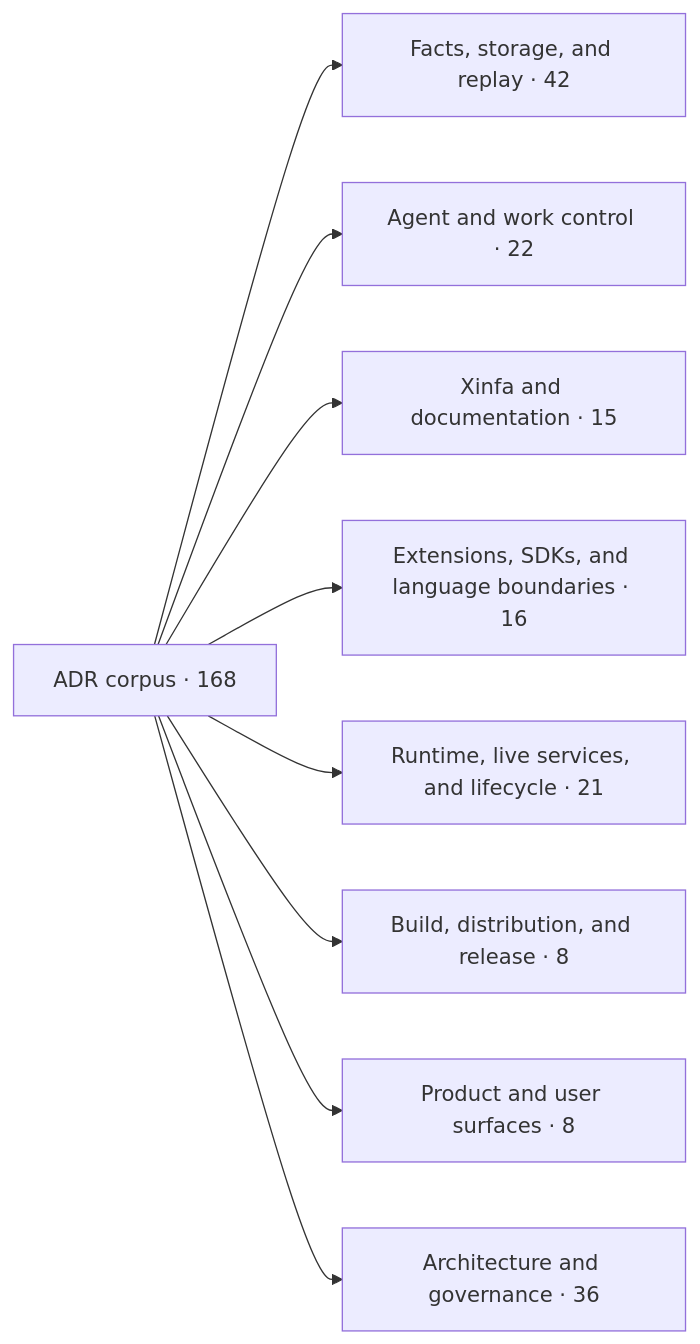
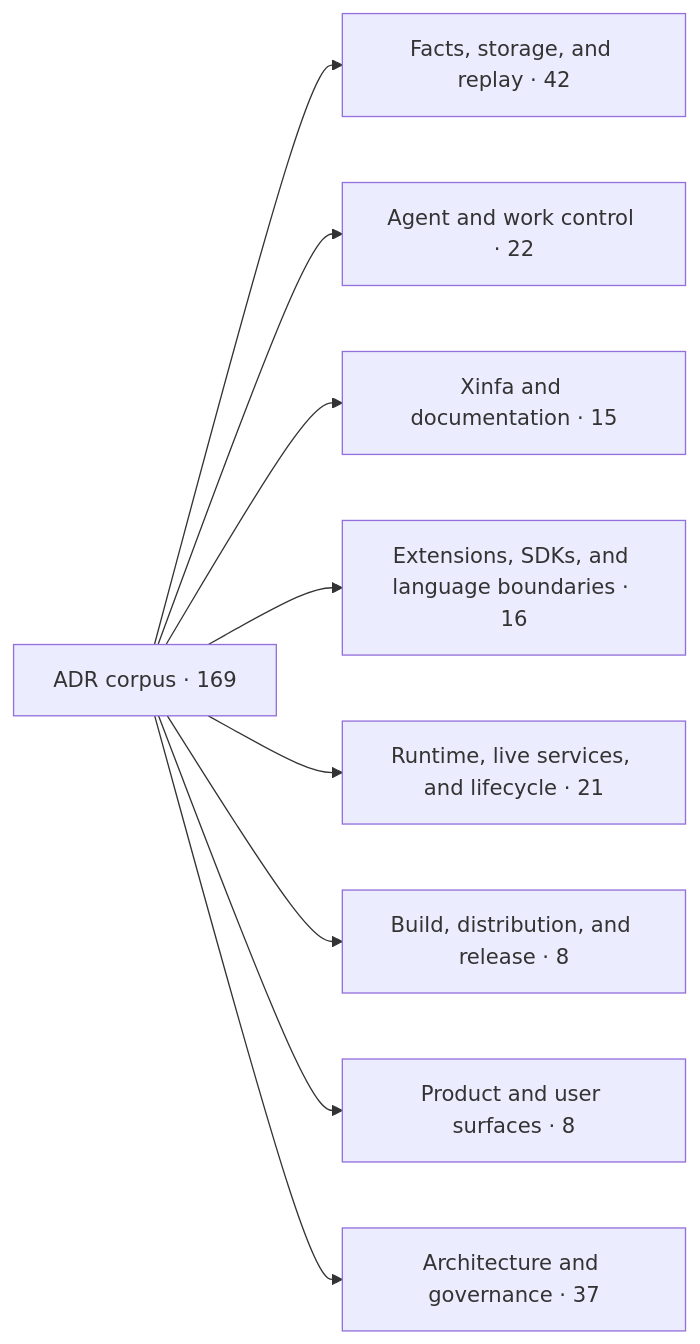
One commit to PterX/kungfu changed the first of 2 diagrams in docs/architecture/adr-map.md. Above: the diagram before and after it, drawn with Mermaid. The commit also changed other lines of this file and 38 other files, not shown here.

````diff
--- a/docs/architecture/adr-map.md
+++ b/docs/architecture/adr-map.md
@@ -20,12 +20,12 @@
 ```mermaid
 flowchart LR
-  root["ADR corpus · 168"]
+  root["ADR corpus · 169"]
   root --> d0["Facts, storage, and replay · 42"]
   root --> d1["Agent and work control · 22"]
   root --> d2["Xinfa and documentation · 15"]
   root --> d3["Extensions, SDKs, and language boundaries · 16"]
   root --> d4["Runtime, live services, and lifecycle · 21"]
   root --> d5["Build, distribution, and release · 8"]
   root --> d6["Product and user surfaces · 8"]
-  root --> d7["Architecture and governance · 36"]
+  root --> d7["Architecture and governance · 37"]
 ```
````
